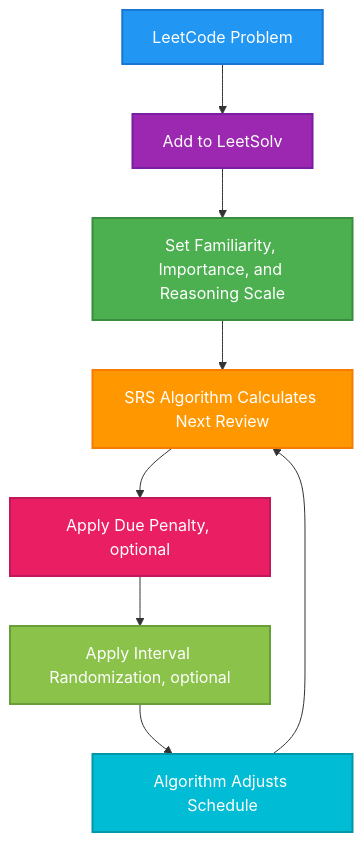
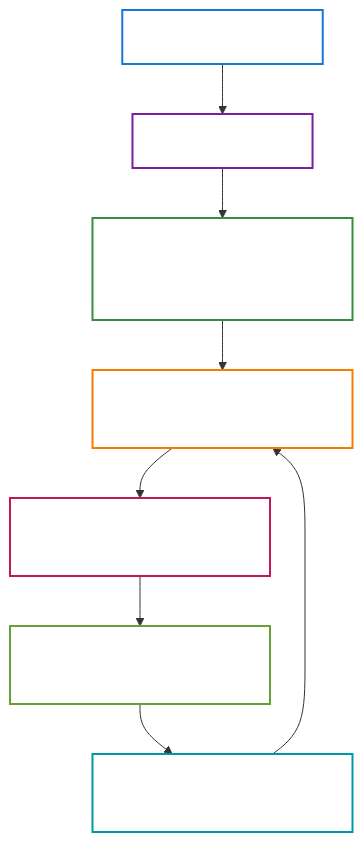
Before and after one commit to eannchen/leetsolv: the first of 8 diagrams in README.md, drawn with Mermaid. The commit also changed other lines of this file, not shown here.

Commit message:
docs: update README.md to adjust flowchart styles by adding fill-opacity for improved visual clarity and consistency across all sections

````diff
--- a/README.md
+++ b/README.md
@@ -11,18 +11,18 @@
 ```mermaid
 graph TD
     A[LeetCode Problem] --> B[Add to LeetSolv]
     B --> C[Set Familiarity, Importance, and Reasoning Scale]
     C --> D[SRS Algorithm Calculates Next Review]
     D --> E[Apply Due Penalty, optional]
     E --> F[Apply Interval Randomization, optional]
     F --> G[Algorithm Adjusts Schedule]
     G --> D
 
-    style A fill:#2196F3,stroke:#1976D2,stroke-width:2px,color:#ffffff
-    style B fill:#9C27B0,stroke:#7B1FA2,stroke-width:2px,color:#ffffff
-    style C fill:#4CAF50,stroke:#388E3C,stroke-width:2px,color:#ffffff
-    style D fill:#FF9800,stroke:#F57C00,stroke-width:2px,color:#ffffff
-    style E fill:#E91E63,stroke:#C2185B,stroke-width:2px,color:#ffffff
-    style F fill:#8BC34A,stroke:#689F38,stroke-width:2px,color:#ffffff
-    style G fill:#00BCD4,stroke:#0097A7,stroke-width:2px,color:#ffffff
+    style A fill:#2196F3,fill-opacity:0,stroke:#1976D2,stroke-width:2px,color:#ffffff
+    style B fill:#9C27B0,fill-opacity:0,stroke:#7B1FA2,stroke-width:2px,color:#ffffff
+    style C fill:#4CAF50,fill-opacity:0,stroke:#388E3C,stroke-width:2px,color:#ffffff
+    style D fill:#FF9800,fill-opacity:0,stroke:#F57C00,stroke-width:2px,color:#ffffff
+    style E fill:#E91E63,fill-opacity:0,stroke:#C2185B,stroke-width:2px,color:#ffffff
+    style F fill:#8BC34A,fill-opacity:0,stroke:#689F38,stroke-width:2px,color:#ffffff
+    style G fill:#00BCD4,fill-opacity:0,stroke:#0097A7,stroke-width:2px,color:#ffffff
 ```
````
